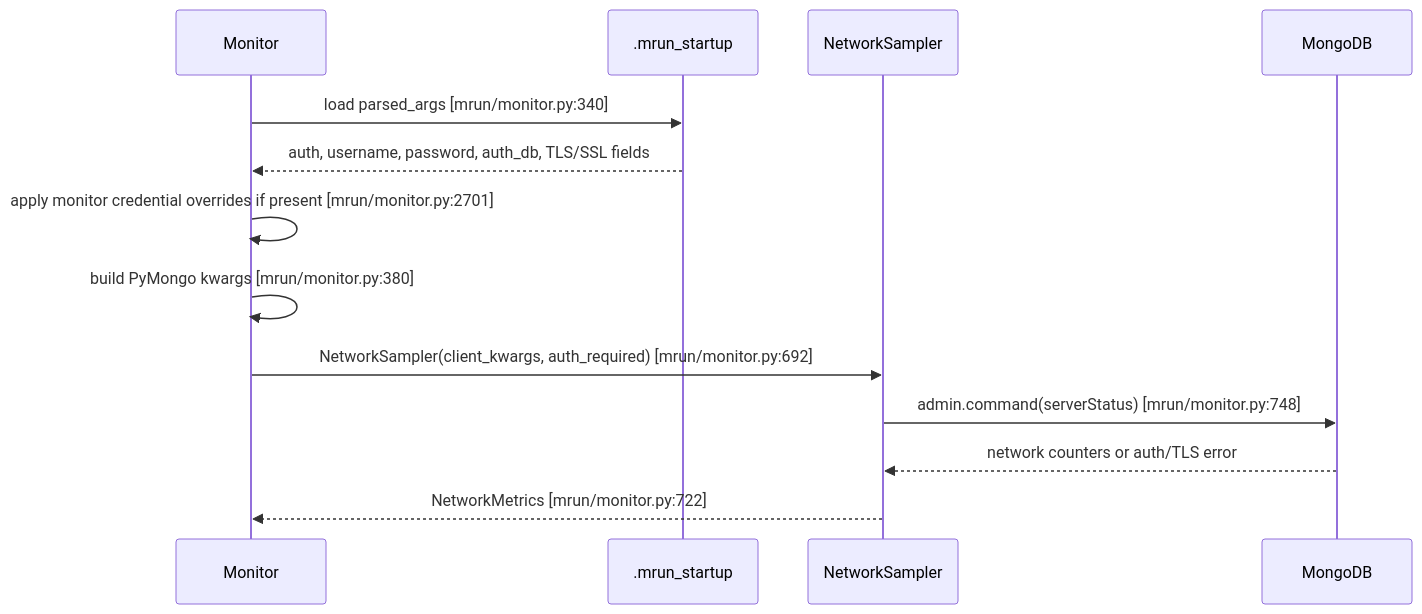
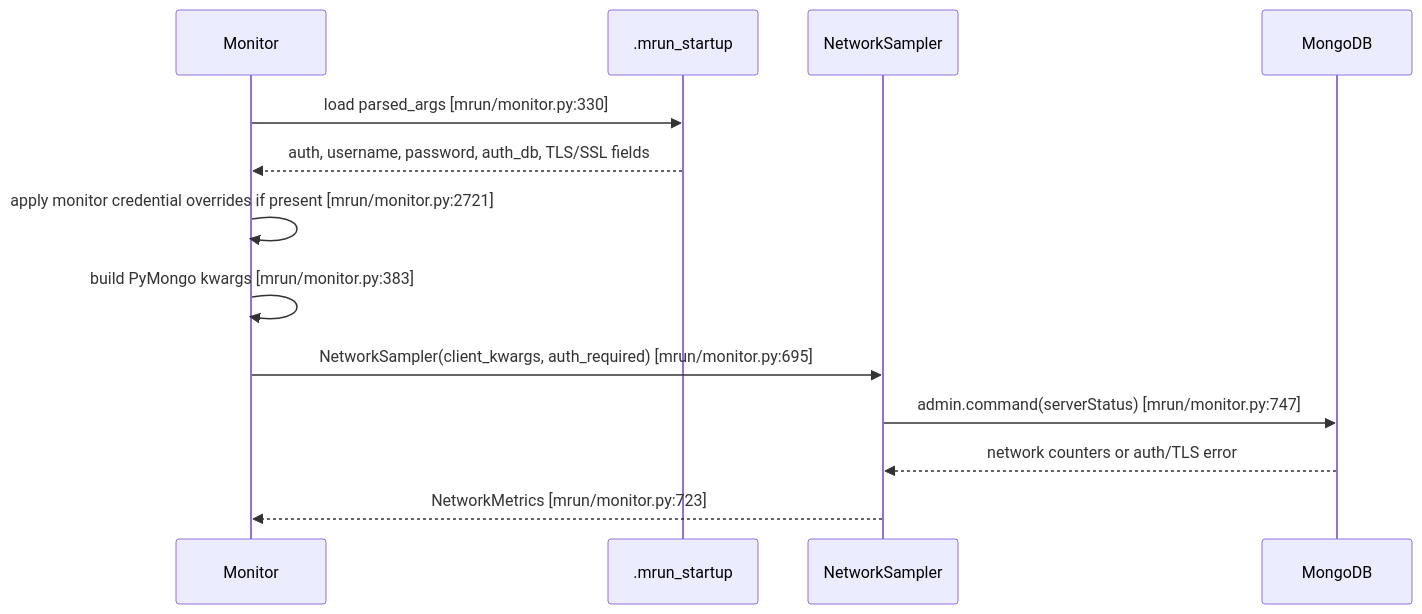
One commit to mongodb/mlaunch changed the third of 11 diagrams in doc/feature-monitor-guide.md. Above: the diagram before and after it, drawn with Mermaid. The commit also changed other lines of this file and 2 other files, not shown here.

````diff
--- a/doc/feature-monitor-guide.md
+++ b/doc/feature-monitor-guide.md
@@ -185,16 +188,16 @@
 ```mermaid
 sequenceDiagram
     participant Monitor as Monitor
     participant FS as .mrun_startup
     participant Sampler as NetworkSampler
     participant Mongo as MongoDB
 
-    Monitor->>FS: load parsed_args [mrun/monitor.py:340]
+    Monitor->>FS: load parsed_args [mrun/monitor.py:330]
     FS-->>Monitor: auth, username, password, auth_db, TLS/SSL fields
-    Monitor->>Monitor: apply monitor credential overrides if present [mrun/monitor.py:2701]
-    Monitor->>Monitor: build PyMongo kwargs [mrun/monitor.py:380]
-    Monitor->>Sampler: NetworkSampler(client_kwargs, auth_required) [mrun/monitor.py:692]
-    Sampler->>Mongo: admin.command(serverStatus) [mrun/monitor.py:748]
+    Monitor->>Monitor: apply monitor credential overrides if present [mrun/monitor.py:2721]
+    Monitor->>Monitor: build PyMongo kwargs [mrun/monitor.py:383]
+    Monitor->>Sampler: NetworkSampler(client_kwargs, auth_required) [mrun/monitor.py:695]
+    Sampler->>Mongo: admin.command(serverStatus) [mrun/monitor.py:747]
     Mongo-->>Sampler: network counters or auth/TLS error
-    Sampler-->>Monitor: NetworkMetrics [mrun/monitor.py:722]
+    Sampler-->>Monitor: NetworkMetrics [mrun/monitor.py:723]
 ```
````
